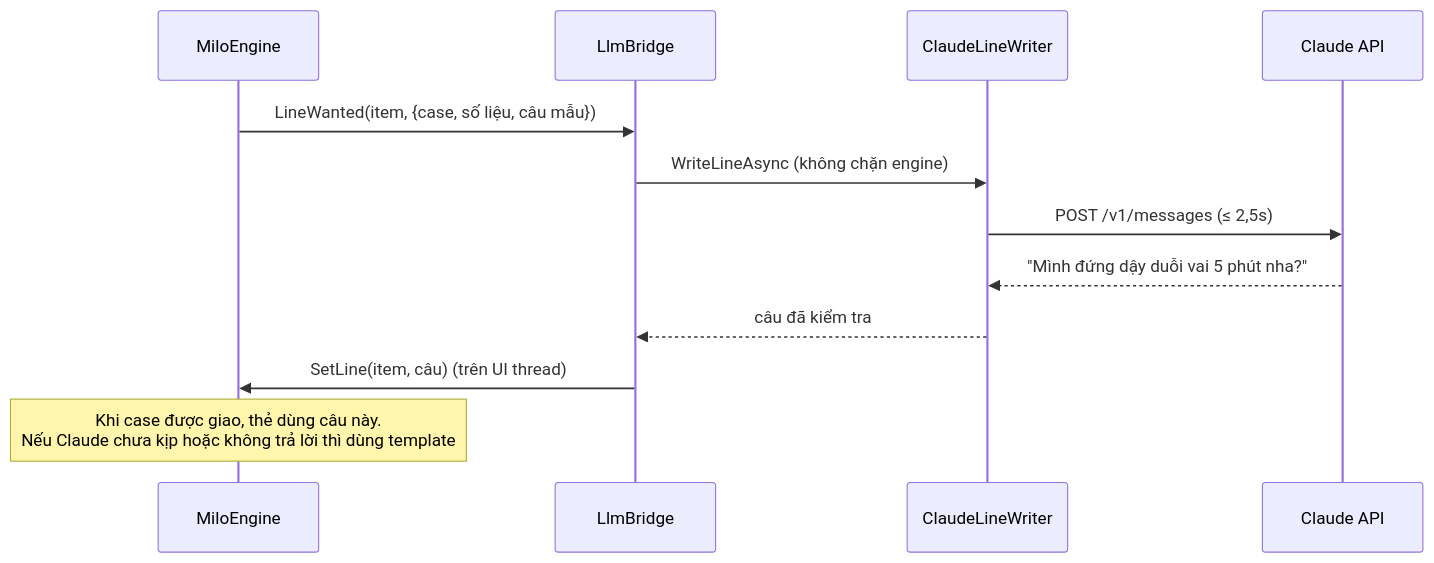
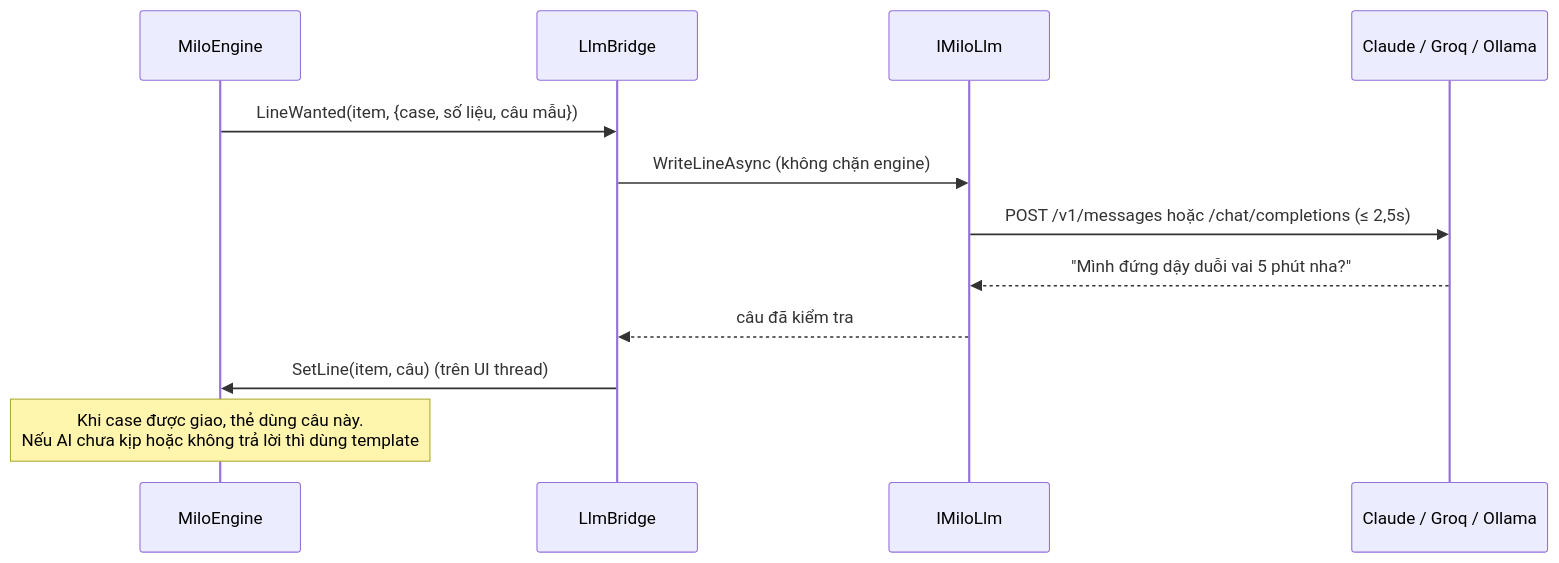
Before and after one commit to Killig3110/mindiful: diagram 13 of 15 in docs/KIEN-TRUC.md, drawn with Mermaid. The commit also changed other lines of this file and 12 other files, not shown here.

````diff
--- a/docs/KIEN-TRUC.md
+++ b/docs/KIEN-TRUC.md
@@ -737,14 +763,14 @@
 ```mermaid
 sequenceDiagram
     participant E as MiloEngine
     participant B as LlmBridge
-    participant W as ClaudeLineWriter
-    participant API as Claude API
+    participant W as IMiloLlm
+    participant API as Claude / Groq / Ollama
     E->>B: LineWanted(item, {case, số liệu, câu mẫu})
     B->>W: WriteLineAsync (không chặn engine)
-    W->>API: POST /v1/messages (≤ 2,5s)
+    W->>API: POST /v1/messages hoặc /chat/completions (≤ 2,5s)
     API-->>W: "Mình đứng dậy duỗi vai 5 phút nha?"
     W-->>B: câu đã kiểm tra
     B->>E: SetLine(item, câu) (trên UI thread)
-    Note over E: Khi case được giao, thẻ dùng câu này.<br/>Nếu Claude chưa kịp hoặc không trả lời thì dùng template
+    Note over E: Khi case được giao, thẻ dùng câu này.<br/>Nếu AI chưa kịp hoặc không trả lời thì dùng template
 ```
````
